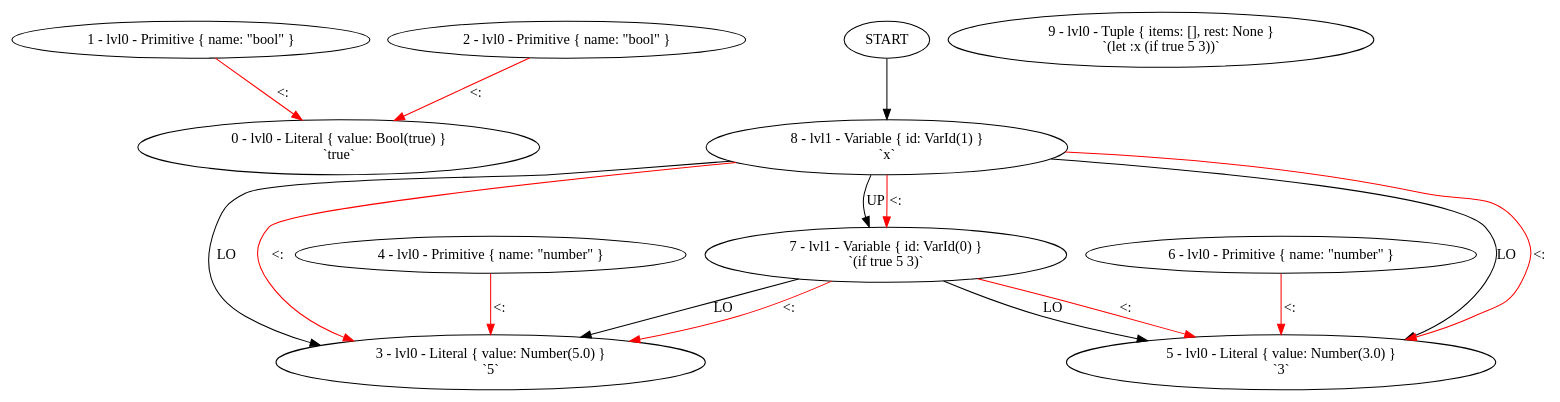
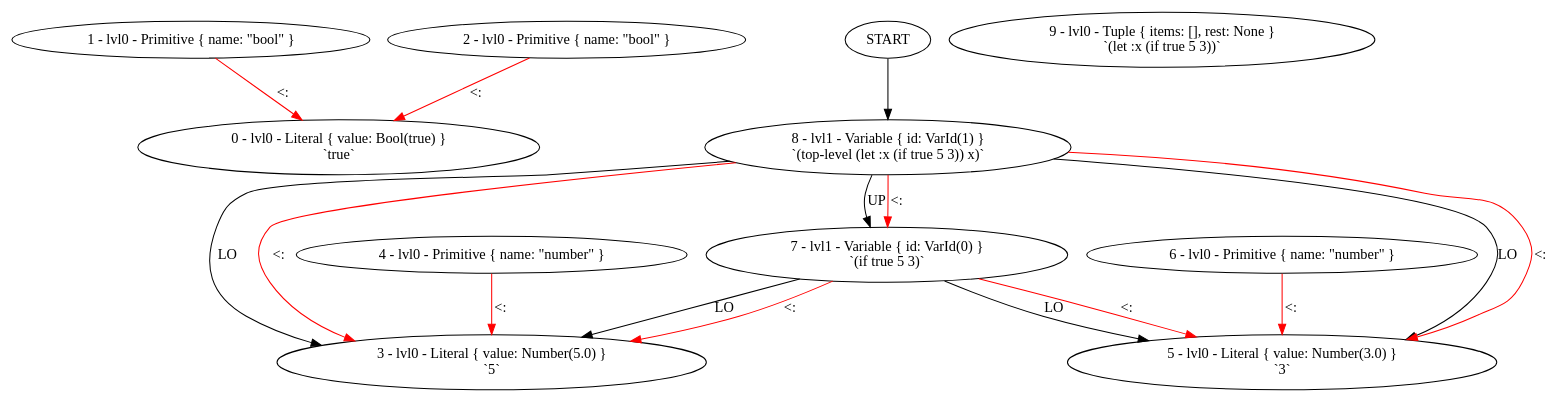
One commit to frondeus/project-s changed the first of 2 diagrams in docs/journal/2025-06-16.md. Above: the diagram before and after it, drawn with Graphviz. The commit also changed other lines of this file and 34 other files, not shown here.

````diff
--- a/docs/journal/2025-06-16.md
+++ b/docs/journal/2025-06-16.md
@@ -16,30 +16,30 @@
 ```graphviz
 digraph G {
 N0 [label="0 - lvl0 - Literal { value: Bool(true) }\n`true`"];
 N1 [label="1 - lvl0 - Primitive { name: \"bool\" }"];
 N2 [label="2 - lvl0 - Primitive { name: \"bool\" }"];
 N3 [label="3 - lvl0 - Literal { value: Number(5.0) }\n`5`"];
 N4 [label="4 - lvl0 - Primitive { name: \"number\" }"];
 N5 [label="5 - lvl0 - Literal { value: Number(3.0) }\n`3`"];
 N6 [label="6 - lvl0 - Primitive { name: \"number\" }"];
 N7 [label="7 - lvl1 - Variable { id: VarId(0) }\n`(if true 5 3)`"];
-N8 [label="8 - lvl1 - Variable { id: VarId(1) }\n`x`"];
+N8 [label="8 - lvl1 - Variable { id: VarId(1) }\n`(top-level (let :x (if true 5 3)) x)`"];
 N9 [label="9 - lvl0 - Tuple { items: [], rest: None }\n`(let :x (if true 5 3))`"];
 START -> N8
 N7 -> N3 [label="LO"];
 N7 -> N5 [label="LO"];
 N8 -> N7 [label="UP"];
 N8 -> N3 [label="LO"];
 N8 -> N5 [label="LO"];
 N1 -> N0 [label="<:";color=red];
 N2 -> N0 [label="<:";color=red];
 N4 -> N3 [label="<:";color=red];
 N6 -> N5 [label="<:";color=red];
 N7 -> N3 [label="<:";color=red];
 N7 -> N5 [label="<:";color=red];
 N8 -> N7 [label="<:";color=red];
 N8 -> N3 [label="<:";color=red];
 N8 -> N5 [label="<:";color=red];
 }
 
 ```
````
